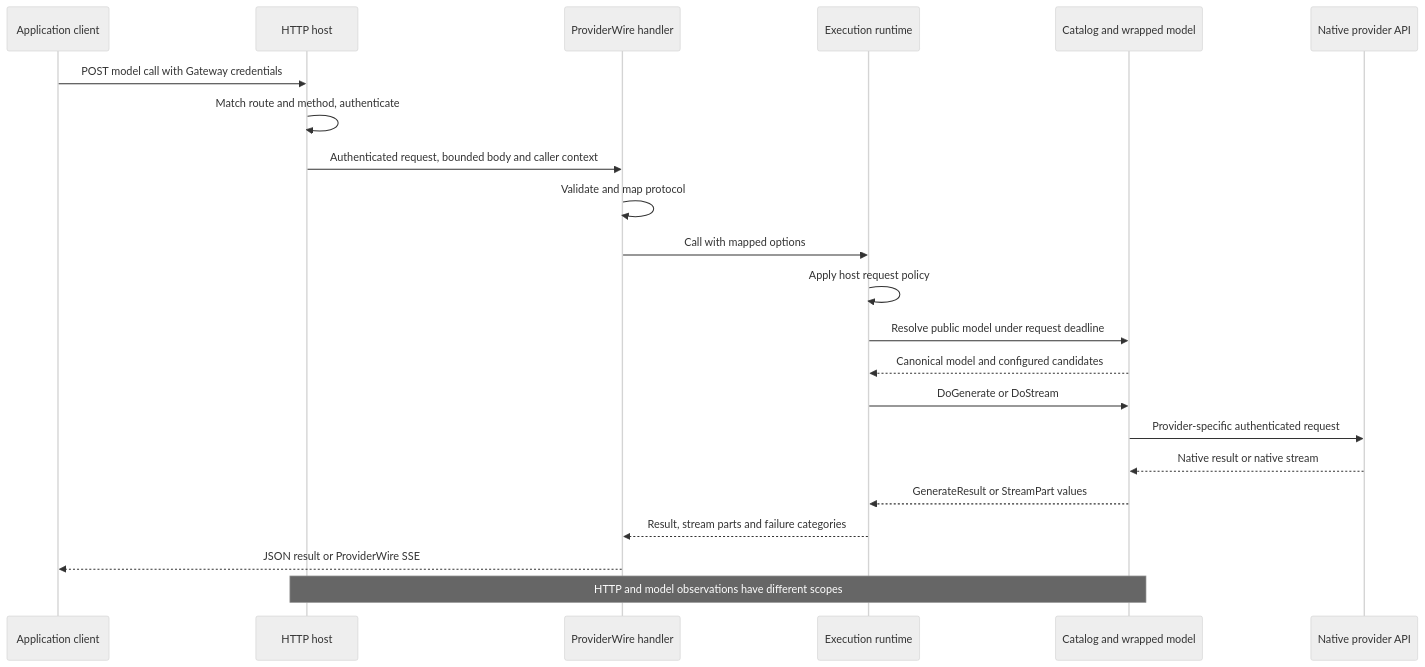
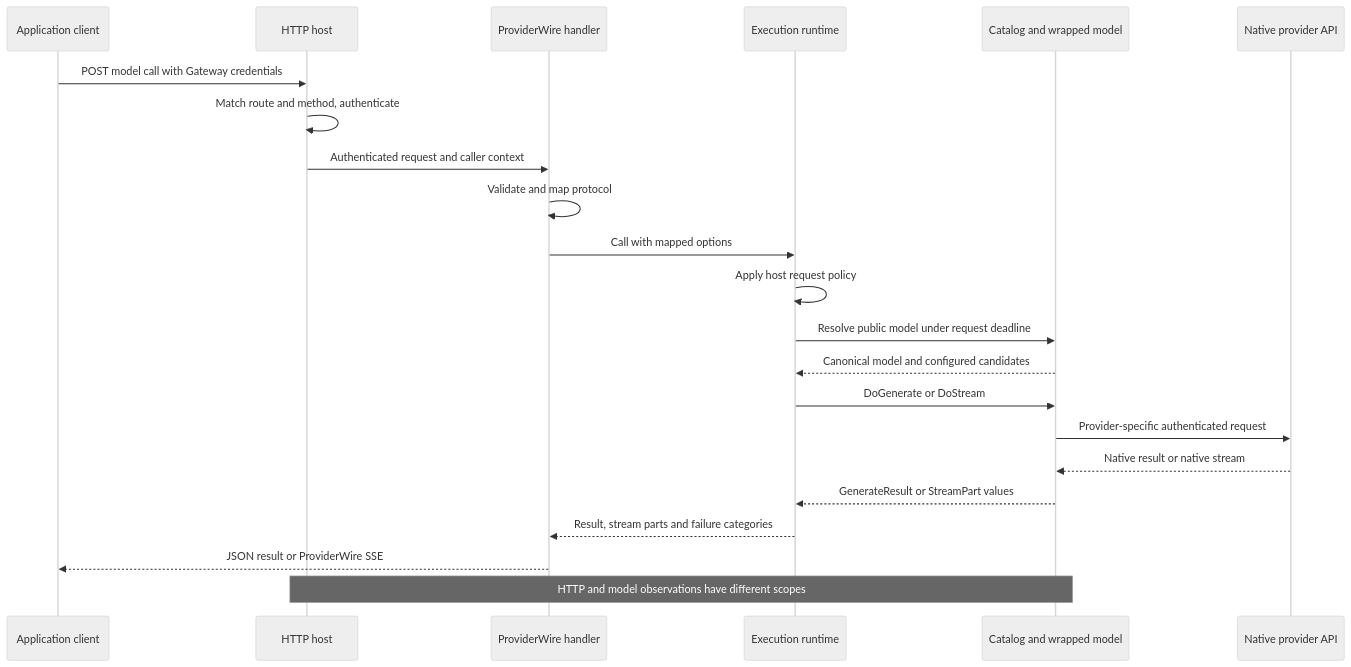
The second of 3 diagrams in docs/concepts/gateway-architecture.md (grafana/ai-sdk), drawn with Mermaid (neutral theme) before and after one commit. The commit also changed other lines of this file and 15 other files, not shown here.

````diff
--- a/docs/concepts/gateway-architecture.md
+++ b/docs/concepts/gateway-architecture.md
@@ -104,24 +104,24 @@
 ```mermaid
 sequenceDiagram
   participant C as Application client
   participant H as HTTP host
   participant W as ProviderWire handler
   participant R as Execution runtime
   participant M as Catalog and wrapped model
   participant P as Native provider API
   C->>H: POST model call with Gateway credentials
   H->>H: Match route and method, authenticate
-  H->>W: Authenticated request, bounded body and caller context
+  H->>W: Authenticated request and caller context
   W->>W: Validate and map protocol
   W->>R: Call with mapped options
   R->>R: Apply host request policy
   R->>M: Resolve public model under request deadline
   M-->>R: Canonical model and configured candidates
   R->>M: DoGenerate or DoStream
   M->>P: Provider-specific authenticated request
   P-->>M: Native result or native stream
   M-->>R: GenerateResult or StreamPart values
   R-->>W: Result, stream parts and failure categories
   W-->>C: JSON result or ProviderWire SSE
   Note over H,M: HTTP and model observations have different scopes
 ```
````
